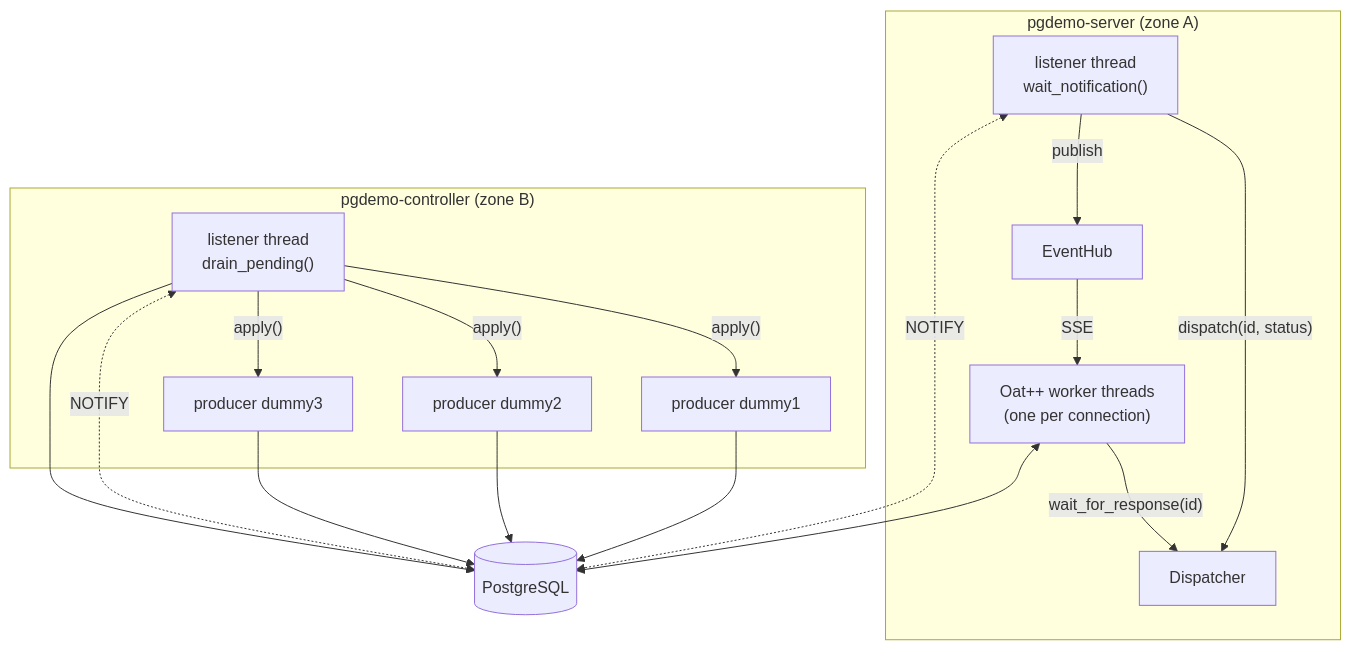
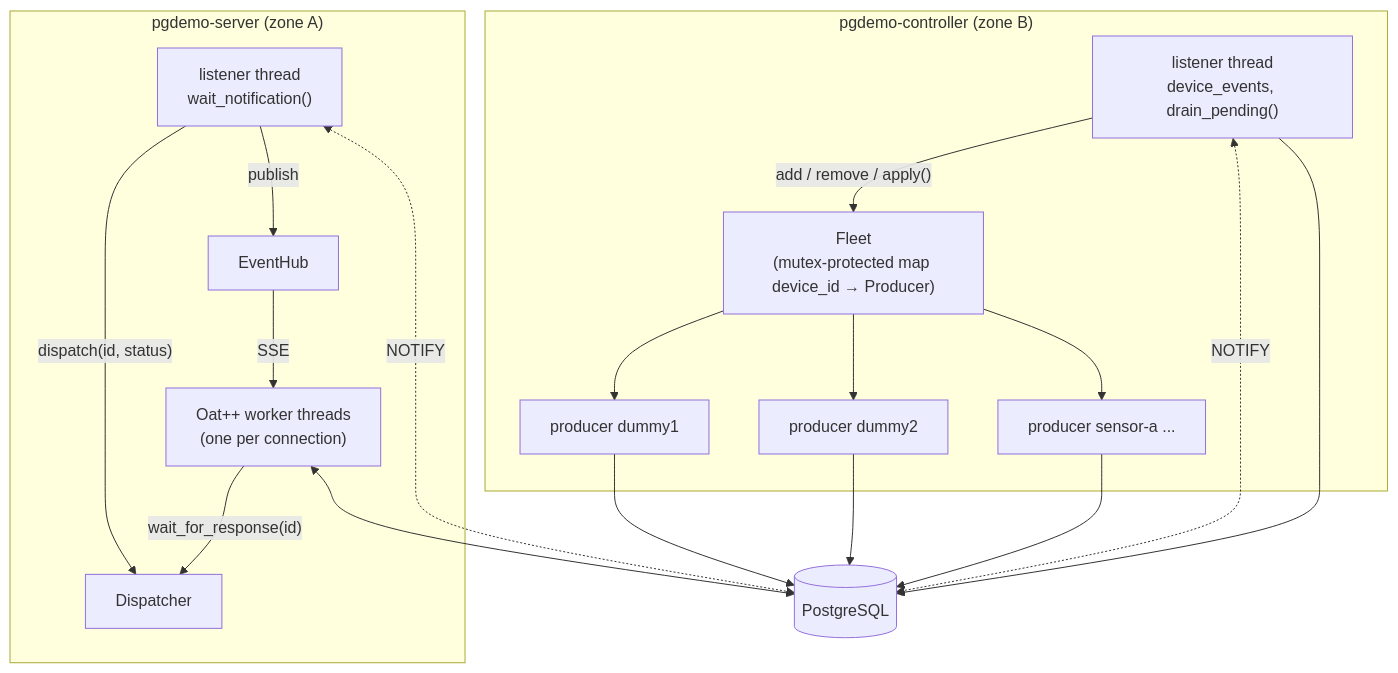
One commit to jgmatu/postgresql changed the first of 4 diagrams in docs/ARCHITECTURE.md. Above: the diagram before and after it, drawn with Mermaid. The commit also changed other lines of this file and 39 other files, not shown here.

````diff
--- a/docs/ARCHITECTURE.md
+++ b/docs/ARCHITECTURE.md
@@ -31,30 +31,32 @@
 ```mermaid
 flowchart TB
     subgraph S["pgdemo-server (zone A)"]
         HTTP["Oat++ worker threads<br/>(one per connection)"]
         SL["listener thread<br/>wait_notification()"]
         D["Dispatcher"]
         H["EventHub"]
         HTTP -- "wait_for_response(id)" --> D
         SL -- "dispatch(id, status)" --> D
         SL -- "publish" --> H
         H -- "SSE" --> HTTP
     end
     subgraph C["pgdemo-controller (zone B)"]
+        F["Fleet<br/>(mutex-protected map device_id → Producer)"]
         P1["producer dummy1"]
         P2["producer dummy2"]
-        P3["producer dummy3"]
-        CL["listener thread<br/>drain_pending()"]
-        CL -- "apply()" --> P1
-        CL -- "apply()" --> P2
-        CL -- "apply()" --> P3
+        PN["producer sensor-a ..."]
+        CL["listener thread<br/>device_events, drain_pending()"]
+        CL -- "add / remove / apply()" --> F
+        F --> P1
+        F --> P2
+        F --> PN
     end
     PG[("PostgreSQL")]
     HTTP <--> PG
     SL <-. "NOTIFY" .-> PG
     P1 --> PG
     P2 --> PG
-    P3 --> PG
+    PN --> PG
     CL <-. "NOTIFY" .-> PG
     CL --> PG
 ```
````
